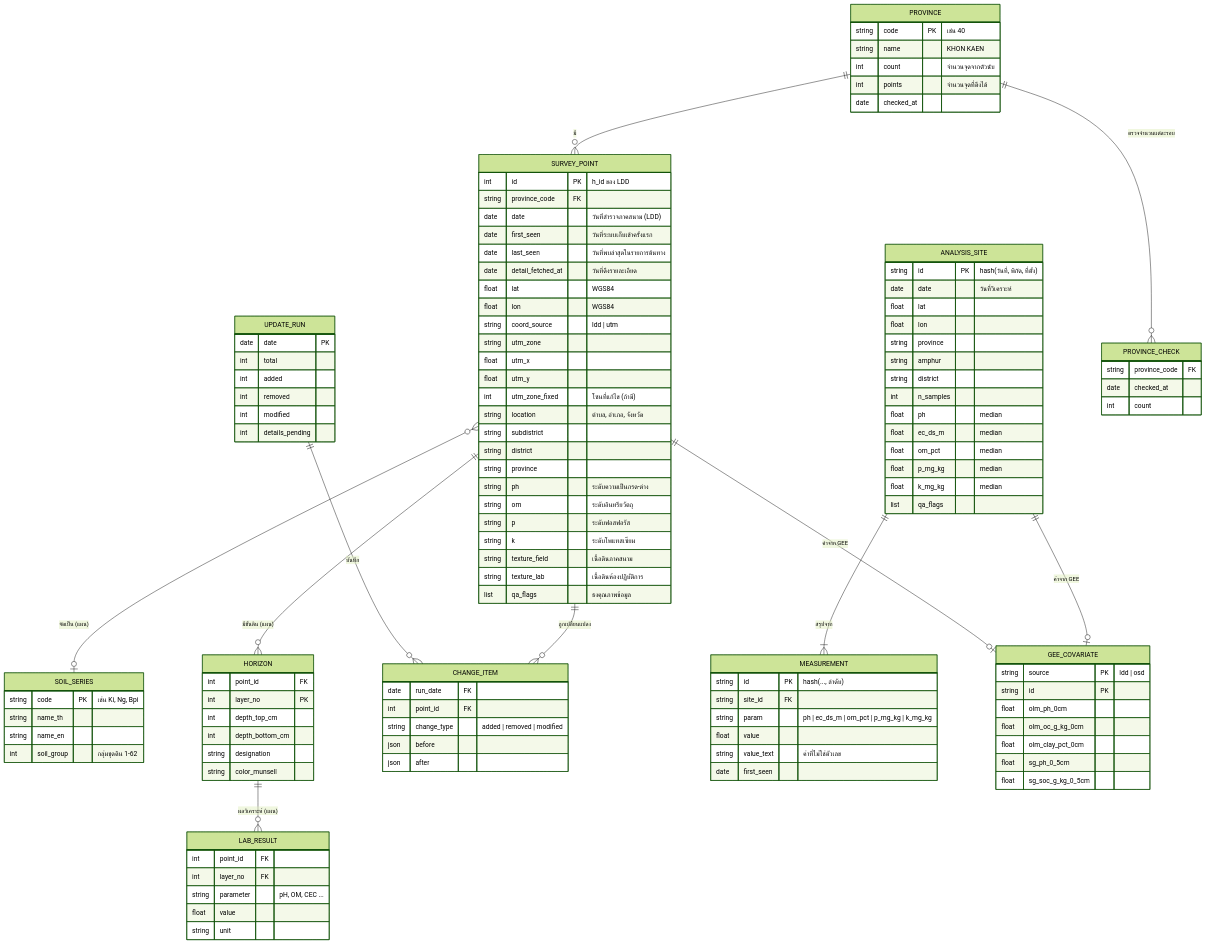
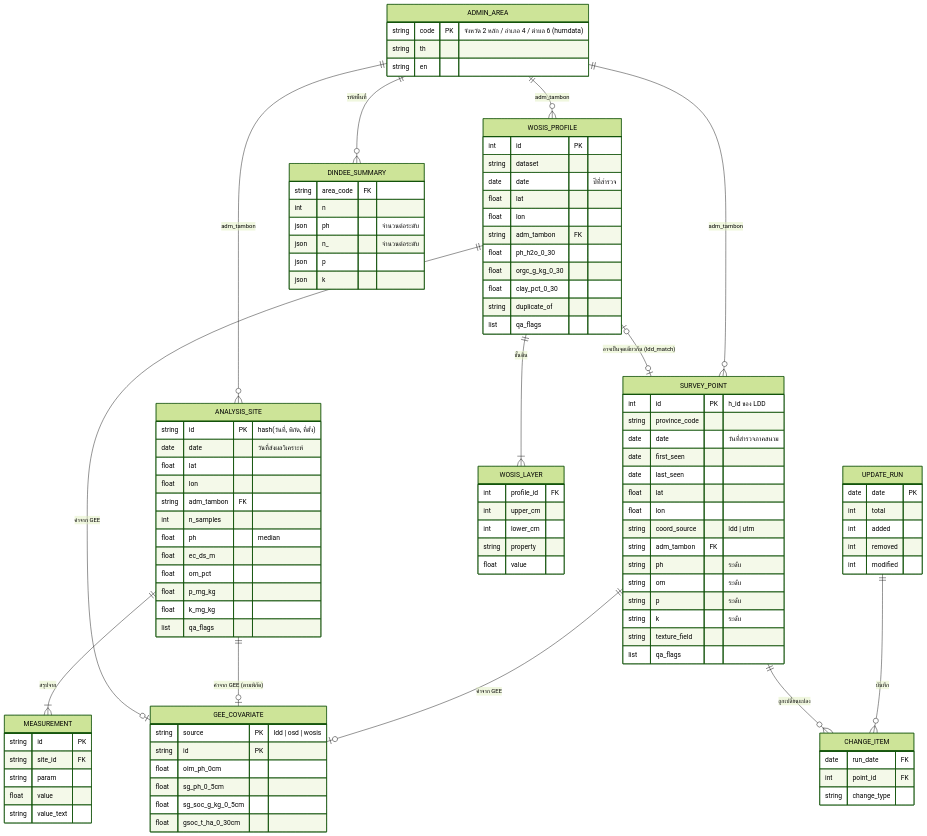
The fifth of 5 diagrams in docs/architecture.md (Navavit/sisoil), drawn with Mermaid (forest theme) before and after one commit. The commit also changed other lines of this file and 4 other files, not shown here.

````diff
--- a/docs/architecture.md
+++ b/docs/architecture.md
@@ -75,102 +102,96 @@
 ```mermaid
 erDiagram
-    PROVINCE ||--o{ SURVEY_POINT : "มี"
-    SURVEY_POINT }o--o| SOIL_SERIES : "จัดเป็น (แผน)"
-    SURVEY_POINT ||--o{ HORIZON : "มีชั้นดิน (แผน)"
-    HORIZON ||--o{ LAB_RESULT : "ผลวิเคราะห์ (แผน)"
-    UPDATE_RUN ||--o{ CHANGE_ITEM : "บันทึก"
+    ADMIN_AREA ||--o{ SURVEY_POINT : "adm_tambon"
+    ADMIN_AREA ||--o{ ANALYSIS_SITE : "adm_tambon"
+    ADMIN_AREA ||--o{ WOSIS_PROFILE : "adm_tambon"
+    ADMIN_AREA ||--o{ DINDEE_SUMMARY : "รหัสพื้นที่"
+    WOSIS_PROFILE ||--|{ WOSIS_LAYER : "ชั้นดิน"
     ANALYSIS_SITE ||--|{ MEASUREMENT : "สรุปจาก"
     SURVEY_POINT ||--o| GEE_COVARIATE : "ค่าจาก GEE"
-    ANALYSIS_SITE ||--o| GEE_COVARIATE : "ค่าจาก GEE"
+    ANALYSIS_SITE ||--o| GEE_COVARIATE : "ค่าจาก GEE (ตามพิกัด)"
+    WOSIS_PROFILE ||--o| GEE_COVARIATE : "ค่าจาก GEE"
+    WOSIS_PROFILE |o--o| SURVEY_POINT : "อาจเป็นจุดเดียวกัน (ldd_match)"
+    UPDATE_RUN ||--o{ CHANGE_ITEM : "บันทึก"
     SURVEY_POINT ||--o{ CHANGE_ITEM : "ถูกเปลี่ยนแปลง"
-    PROVINCE ||--o{ PROVINCE_CHECK : "ตรวจจำนวนแต่ละรอบ"
 
-    PROVINCE {
-        string code PK "เช่น 40"
-        string name "KHON KAEN"
-        int count "จำนวนจุดจากตัวนับ"
-        int points "จำนวนจุดที่ดึงได้"
-        date checked_at
+    ADMIN_AREA {
+        string code PK "จังหวัด 2 หลัก / อำเภอ 4 / ตำบล 6 (humdata)"
+        string th
+        string en
     }
     SURVEY_POINT {
         int id PK "h_id ของ LDD"
-        string province_code FK
-        date date "วันที่สำรวจภาคสนาม (LDD)"
-        date first_seen "วันที่ระบบเก็บเข้าครั้งแรก"
-        date last_seen "วันที่พบล่าสุดในรายการต้นทาง"
-        date detail_fetched_at "วันที่ดึงรายละเอียด"
-        float lat "WGS84"
-        float lon "WGS84"
+        string province_code
+        date date "วันที่สำรวจภาคสนาม"
+        date first_seen
+        date last_seen
+        float lat
+        float lon
         string coord_source "ldd | utm"
-        string utm_zone
-        float utm_x
-        float utm_y
-        int utm_zone_fixed "โซนที่แก้ไข (ถ้ามี)"
-        string location "ตำบล, อำเภอ, จังหวัด"
-        string subdistrict
-        string district
-        string province
-        string ph "ระดับความเป็นกรด-ด่าง"
-        string om "ระดับอินทรียวัตถุ"
-        string p "ระดับฟอสฟอรัส"
-        string k "ระดับโพแทสเซียม"
-        string texture_field "เนื้อดินภาคสนาม"
-        string texture_lab "เนื้อดินห้องปฏิบัติการ"
-        list qa_flags "ธงคุณภาพข้อมูล"
-    }
-    SOIL_SERIES {
-        string code PK "เช่น Ki, Ng, Bpi"
-        string name_th
-        string name_en
-        int soil_group "กลุ่มชุดดิน 1-62"
-    }
-    HORIZON {
-        int point_id FK
-        int layer_no PK
-        int depth_top_cm
-        int depth_bottom_cm
-        string designation
-        string color_munsell
-    }
-    LAB_RESULT {
-        int point_id FK
-        int layer_no FK
-        string parameter "pH, OM, CEC ..."
-        float value
-        string unit
+        string adm_tambon FK
+        string ph "ระดับ"
+        string om "ระดับ"
+        string p "ระดับ"
+        string k "ระดับ"
+        string texture_field
+        list qa_flags
     }
     ANALYSIS_SITE {
         string id PK "hash(วันที่, พิกัด, ที่ตั้ง)"
-        date date "วันที่วิเคราะห์"
+        date date "วันที่ส่งผลวิเคราะห์"
         float lat
         float lon
-        string province
-        string amphur
-        string district
+        string adm_tambon FK
         int n_samples
         float ph "median"
-        float ec_ds_m "median"
-        float om_pct "median"
-        float p_mg_kg "median"
-        float k_mg_kg "median"
+        float ec_ds_m
+        float om_pct
+        float p_mg_kg
+        float k_mg_kg
         list qa_flags
     }
     MEASUREMENT {
-        string id PK "hash(..., ลำดับ)"
+        string id PK
         string site_id FK
-        string param "ph | ec_ds_m | om_pct | p_mg_kg | k_mg_kg"
+        string param
         float value
-        string value_text "ค่าที่ไม่ใช่ตัวเลข"
-        date first_seen
+        string value_text
+    }
+    WOSIS_PROFILE {
+        int id PK
+        string dataset
+        date date "ปีที่สำรวจ"
+        float lat
+        float lon
+        string adm_tambon FK
+        float ph_h2o_0_30
+        float orgc_g_kg_0_30
+        float clay_pct_0_30
+        string duplicate_of
+        list qa_flags
+    }
+    WOSIS_LAYER {
+        int profile_id FK
+        int upper_cm
+        int lower_cm
+        string property
+        float value
+    }
+    DINDEE_SUMMARY {
+        string area_code FK
+        int n
+        json ph "จำนวนต่อระดับ"
+        json n_ "จำนวนต่อระดับ"
+        json p
+        json k
     }
     GEE_COVARIATE {
-        string source PK "ldd | osd"
+        string source PK "ldd | osd | wosis"
         string id PK
         float olm_ph_0cm
-        float olm_oc_g_kg_0cm
-        float olm_clay_pct_0cm
         float sg_ph_0_5cm
         float sg_soc_g_kg_0_5cm
+        float gsoc_t_ha_0_30cm
     }
     UPDATE_RUN {
         date date PK
@@ -178,18 +199,10 @@
         int added
         int removed
         int modified
-        int details_pending
     }
     CHANGE_ITEM {
         date run_date FK
         int point_id FK
-        string change_type "added | removed | modified"
-        json before
-        json after
-    }
-    PROVINCE_CHECK {
-        string province_code FK
-        date checked_at
-        int count
+        string change_type
     }
 ```
````
